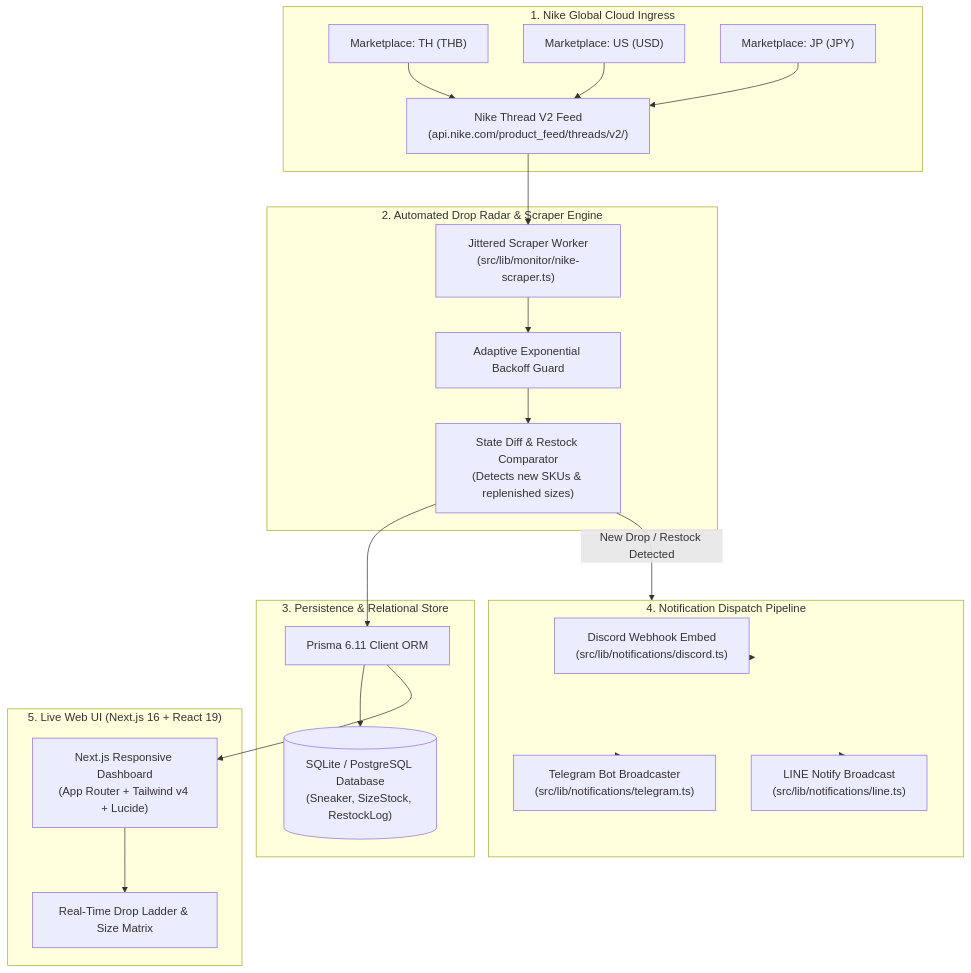
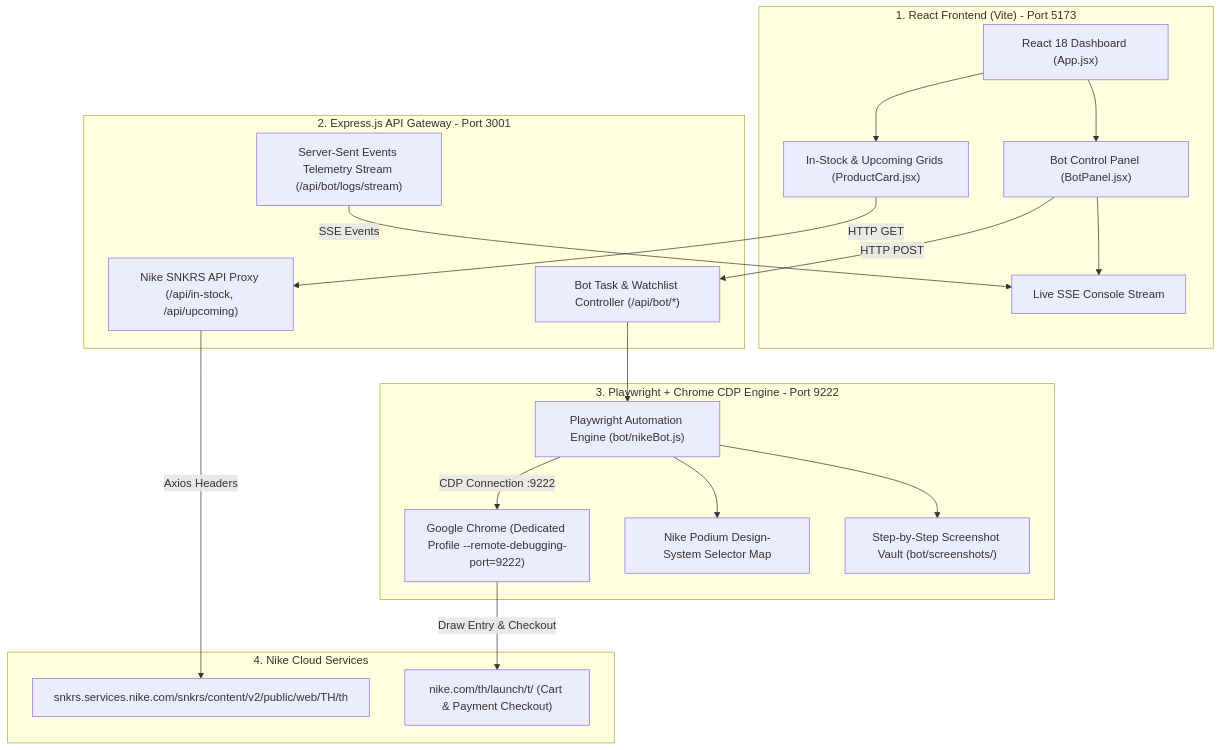
One commit to aster-go/nike-snkrs-tracker changed the first of 2 diagrams in README.md. Above: the diagram before and after it, drawn with Mermaid. The commit also changed other lines of this file and 53 other files, not shown here.

Commit message:
feat: complete import of Nike SNKRS Tracker & Auto-Buy Bot suite with senior documentation

````diff
--- a/README.md
+++ b/README.md
@@ -44,46 +65,43 @@
 ```mermaid
 flowchart TD
-    subgraph NikeCloud["1. Nike Global Cloud Ingress"]
-        NikeAPI["Nike Thread V2 Feed\n(api.nike.com/product_feed/threads/v2/)"]
-        NikeTH["Marketplace: TH (THB)"]
-        NikeUS["Marketplace: US (USD)"]
-        NikeJP["Marketplace: JP (JPY)"]
+    subgraph Frontend["1. React Frontend (Vite) - Port 5173"]
+        UI["React 18 Dashboard (App.jsx)"]
+        CatalogView["In-Stock & Upcoming Grids (ProductCard.jsx)"]
+        BotController["Bot Control Panel (BotPanel.jsx)"]
+        LogViewer["Live SSE Console Stream"]
     end
 
-    subgraph MonitorEngine["2. Automated Drop Radar & Scraper Engine"]
-        Poller["Jittered Scraper Worker\n(src/lib/monitor/nike-scraper.ts)"]
-        DiffEngine["State Diff & Restock Comparator\n(Detects new SKUs & replenished sizes)"]
-        RateLimiter["Adaptive Exponential Backoff Guard"]
+    subgraph Backend["2. Express.js API Gateway - Port 3001"]
+        APIProxy["Nike SNKRS API Proxy (/api/in-stock, /api/upcoming)"]
+        BotRouter["Bot Task & Watchlist Controller (/api/bot/*)"]
+        SSEStream["Server-Sent Events Telemetry Stream (/api/bot/logs/stream)"]
     end
 
-    subgraph DatabaseLayer["3. Persistence & Relational Store"]
-        PrismaORM["Prisma 6.11 Client ORM"]
-        Database[("SQLite / PostgreSQL Database\n(Sneaker, SizeStock, RestockLog)")]
+    subgraph AutomationEngine["3. Playwright + Chrome CDP Engine - Port 9222"]
+        ChromeBrowser["Google Chrome (Dedicated Profile --remote-debugging-port=9222)"]
+        NikeBotWorker["Playwright Automation Engine (bot/nikeBot.js)"]
+        PodiumSelectors["Nike Podium Design-System Selector Map"]
+        ScreenshotVault["Step-by-Step Screenshot Vault (bot/screenshots/)"]
     end
 
-    subgraph WebhookDispatcher["4. Notification Dispatch Pipeline"]
-        DiscordBot["Discord Webhook Embed\n(src/lib/notifications/discord.ts)"]
-        TelegramBot["Telegram Bot Broadcaster\n(src/lib/notifications/telegram.ts)"]
-        LineBot["LINE Notify Broadcast\n(src/lib/notifications/line.ts)"]
+    subgraph NikeCloud["4. Nike Cloud Services"]
+        NikeServicesAPI["snkrs.services.nike.com/snkrs/content/v2/public/web/TH/th"]
+        NikeCheckout["nike.com/th/launch/t/ (Cart & Payment Checkout)"]
     end
 
-    subgraph WebDashboard["5. Live Web UI (Next.js 16 + React 19)"]
-        ClientApp["Next.js Responsive Dashboard\n(App Router + Tailwind v4 + Lucide)"]
-        LiveFeed["Real-Time Drop Ladder & Size Matrix"]
-    end
+    UI --> CatalogView
+    UI --> BotController
+    BotController --> LogViewer
 
-    NikeTH --> NikeAPI
-    NikeUS --> NikeAPI
-    NikeJP --> NikeAPI
-    NikeAPI --> Poller
+    CatalogView -->|HTTP GET| APIProxy
+    BotController -->|HTTP POST| BotRouter
+    SSEStream -->|SSE Events| LogViewer
 
-    Poller --> RateLimiter --> DiffEngine
-    DiffEngine --> PrismaORM --> Database
+    APIProxy -->|Axios Headers| NikeServicesAPI
+    BotRouter --> NikeBotWorker
 
-    DiffEngine -->|New Drop / Restock Detected| WebhookDispatcher
-    WebhookDispatcher --> DiscordBot
-    WebhookDispatcher --> TelegramBot
-    WebhookDispatcher --> LineBot
-
-    PrismaORM --> ClientApp --> LiveFeed
+    NikeBotWorker -->|CDP Connection :9222| ChromeBrowser
+    NikeBotWorker --> PodiumSelectors
+    NikeBotWorker --> ScreenshotVault
+    ChromeBrowser -->|Draw Entry & Checkout| NikeCheckout
 ```
````
